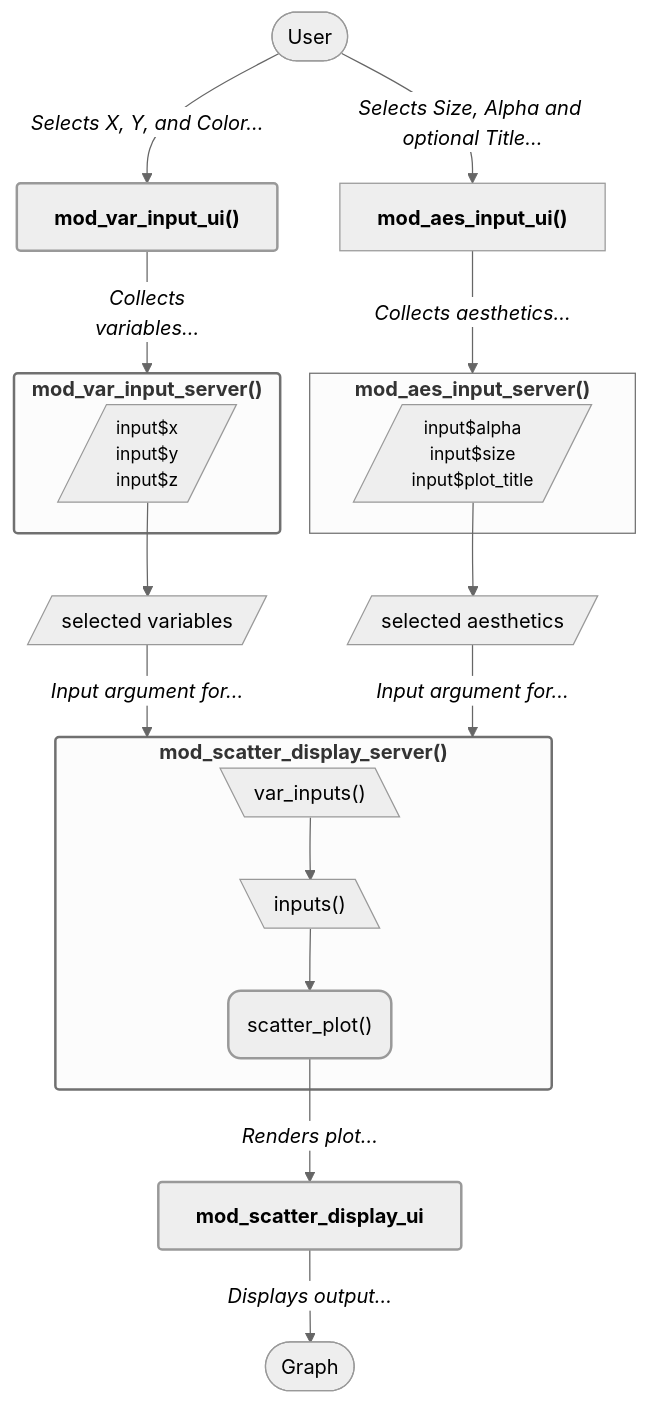
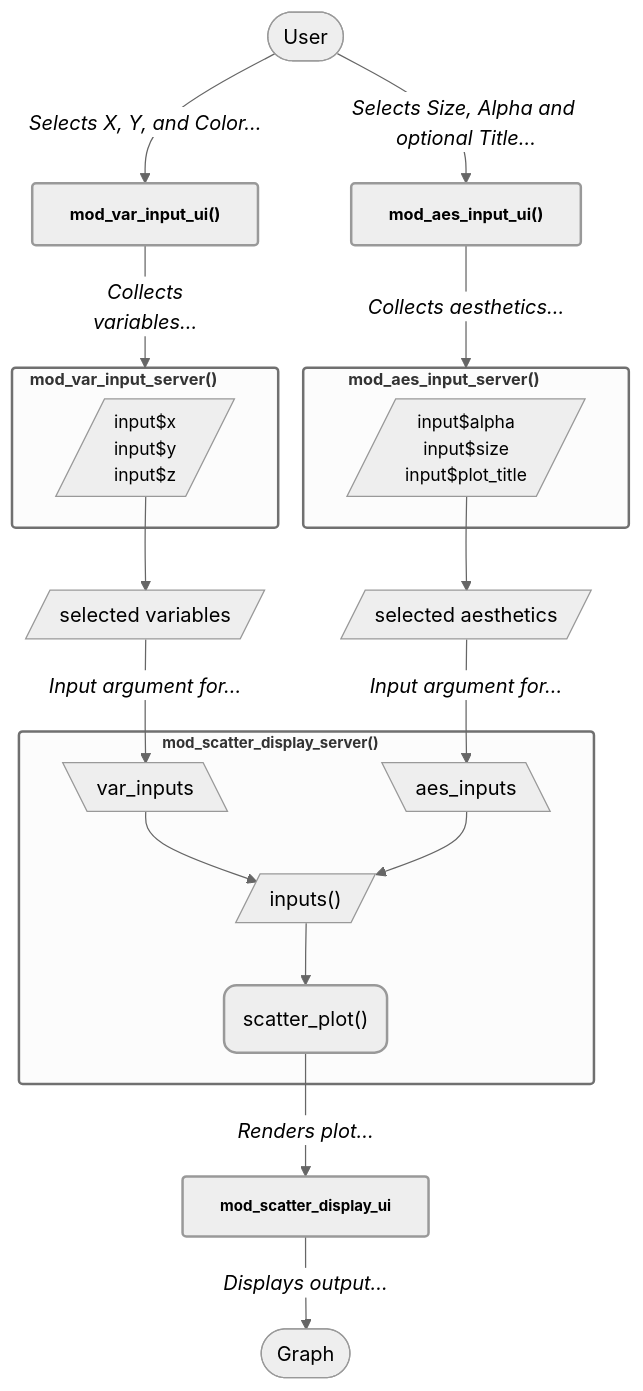
The second of 2 diagrams in debug_apps.qmd (mjfrigaard/shiny-app-pkgs), drawn with Mermaid before and after one commit. The commit also changed 7 other files, not shown here.

````diff
--- a/debug_apps.qmd
+++ b/debug_apps.qmd
@@ -411,46 +411,50 @@
 ```{mermaid}
 %%| fig-align: center
 %%| fig-cap: 'Variable and aesthetic input modules'
 %%{init: {'theme': 'neutral', 'themeVariables': { 'fontFamily': 'monospace', "fontSize":"16px"}}}%%
 flowchart TD
     User(["User"])
     mod_var_input_ui["<strong>mod_var_input_ui()</strong>"]
     mod_aes_input_ui["<strong>mod_aes_input_ui()</strong>"]
     mod_scatter_display_ui["<strong>mod_scatter_display_ui</strong>"] 
     
     subgraph mod_scatter_display_server["<strong>mod_scatter_display_server()</strong>"]
-        var_inputs[\"var_inputs()"\]
-        inputs[\"inputs()"\]
+        var_inputs[\"var_inputs"\]
+        aes_inputs[\"aes_inputs"\]
+        inputs[/"inputs()"/]
         scatter_plot("scatter_plot()")
     end
     
     subgraph mod_var_input_server["<strong>mod_var_input_server()</strong>"]
         VarReactives[/"input$x<br>input$y<br>input$z"/]
     end
     subgraph mod_aes_input_server["<strong>mod_aes_input_server()</strong>"]
         AesReactives[/"input$alpha<br>input$size<br>input$plot_title"/]
     end
 
     selected_vars[/"selected variables"/]
     selected_aes[/"selected aesthetics"/]
     
     User --> |"<em>Selects X, Y, and Color...</em>"|mod_var_input_ui
     User --> |"<em>Selects Size, Alpha and optional Title...</em>"|mod_aes_input_ui
     mod_var_input_ui --> |"<em>Collects<br>variables...</em>"|mod_var_input_server
     mod_aes_input_ui --> |"<em>Collects aesthetics...</em>"|mod_aes_input_server
     VarReactives --> selected_vars
     AesReactives --> selected_aes
-    selected_vars & selected_aes -->|"<em>Input argument for...</em>"|mod_scatter_display_server
-    var_inputs --> inputs --> scatter_plot
+    selected_vars -->|"<em>Input argument for...</em>"|var_inputs
+    selected_aes -->|"<em>Input argument for...</em>"|aes_inputs
+    var_inputs & aes_inputs --> inputs --> scatter_plot
     scatter_plot -->|"<em>Renders plot...</em>"|mod_scatter_display_ui
     mod_scatter_display_ui -->|"<em>Displays output...</em>"|Display(["Graph"])
     
-    style mod_scatter_display_ui stroke-width:2px,rx:3,ry:3
-    style mod_scatter_display_server stroke-width:2px,rx:3,ry:3
-    style mod_var_input_ui stroke-width:2px,rx:3,ry:3
-    style mod_var_input_server stroke-width:2px,rx:3,ry:3
+    style mod_scatter_display_ui font-size:12px,stroke-width:2px,rx:3,ry:3
+    style mod_scatter_display_server font-size:12px,stroke-width:2px,rx:3,ry:3
+    style mod_var_input_server font-size:13px,stroke-width:2px,rx:3,ry:3
+    style mod_var_input_ui font-size:13px,stroke-width:2px,rx:3,ry:3
+    style mod_aes_input_server font-size:13px,stroke-width:2px,rx:3,ry:3
+    style mod_aes_input_ui font-size:13px,stroke-width:2px,rx:3,ry:3
     style scatter_plot stroke-width:2px,rx:10,ry:10
     style VarReactives font-size: 14px
     style AesReactives font-size: 14px
     
 ```
````
